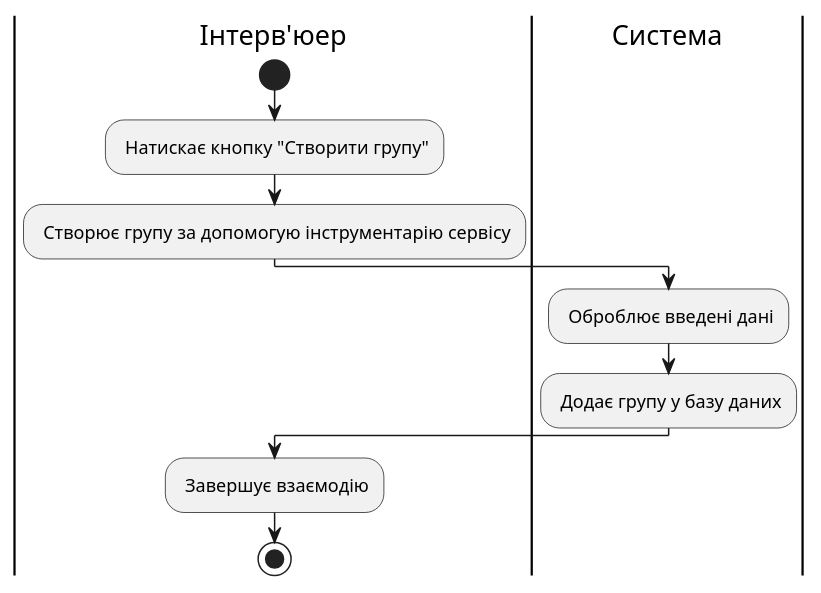
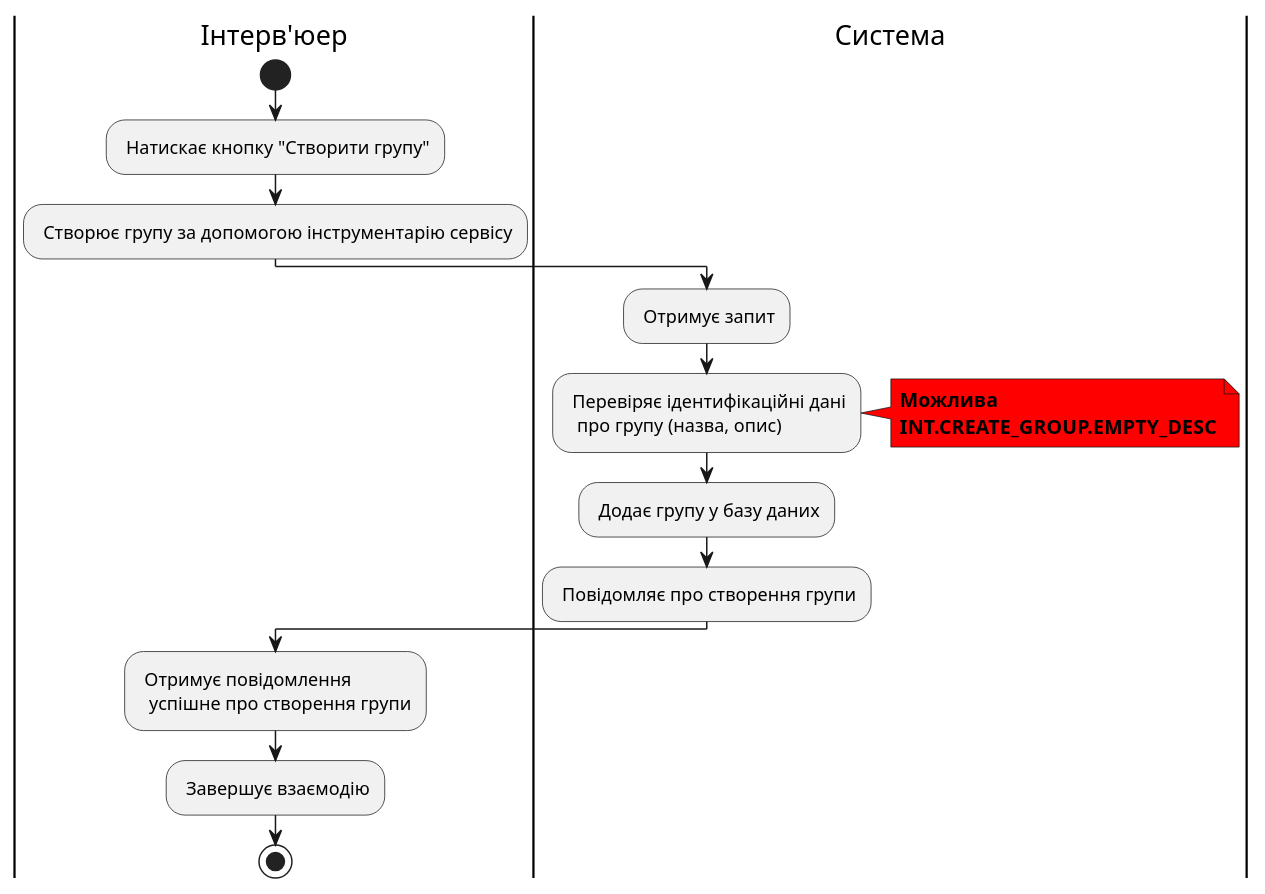
One commit to michigang1/ImForms changed diagram 14 of 22 in docs/use cases/README.md. Above: the diagram before and after it, drawn with PlantUML. The commit also changed other lines of this file, not shown here.

Commit message:
Added some changes in diagrams of scenarios

```diff
--- a/docs/use cases/README.md
+++ b/docs/use cases/README.md
@@ -517,16 +632,24 @@
 @startuml
 
 |Інтерв'юер|
 start
 : Натискає кнопку "Створити групу";
-: Cтворює групу за допомогую інструментарію сервісу;
+: Створює групу за допомогою інструментарію сервісу;
 
 |Система|
-: Оброблює введені дані;
-
-        : Додає групу у базу даних;
+: Отримує запит;
+: Перевіряє ідентифікаційні дані
+  про групу (назва, опис);
+note right #ff0000
+<b>Можлива</b>
+<b>INT.CREATE_GROUP.EMPTY_DESC</b>
+end note
+: Додає групу у базу даних;
+: Повідомляє про створення групи;
 
 |Інтерв'юер|
+: Отримує повідомлення
+  успішне про створення групи;
 : Завершує взаємодію;
 stop;
 @enduml
```
